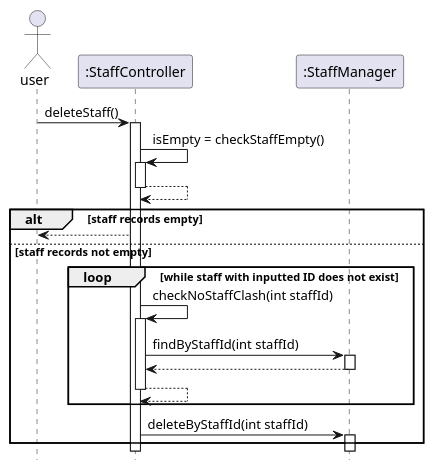
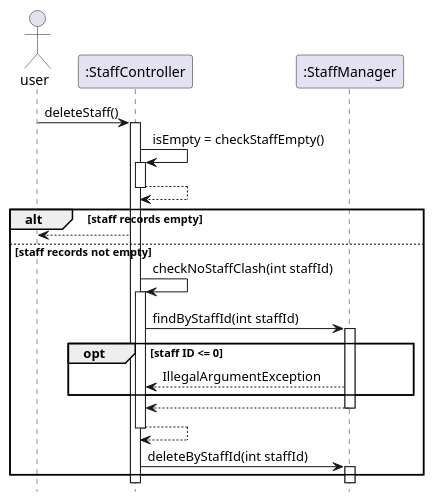
One commit to nus-cs2113-AY2122S2/tp changed the diagram in docs/uml/sequence/StaffManager_deleteStaff.puml. Above: the diagram before and after it, drawn with PlantUML. The commit also changed 28 other files, not shown here.

```diff
--- a/docs/uml/sequence/StaffManager_deleteStaff.puml
+++ b/docs/uml/sequence/StaffManager_deleteStaff.puml
@@ -1,38 +1,41 @@
 @startuml
 'https://plantuml.com/sequence-diagram
 
 hide footbox
 
 actor user
 participant ":StaffController" as staffcontroller
 participant ":StaffManager" as staffmanager
 
 
 user -> staffcontroller: deleteStaff()
 activate staffcontroller
 
 staffcontroller -> staffcontroller: isEmpty = checkStaffEmpty()
 activate staffcontroller
 staffcontroller --> staffcontroller
 deactivate staffcontroller
 
 alt staff records empty
 staffcontroller --> user
 
 else staff records not empty
-group loop [while staff with inputted ID does not exist]
 staffcontroller -> staffcontroller: checkNoStaffClash(int staffId)
 activate staffcontroller
 staffcontroller -> staffmanager: findByStaffId(int staffId)
 activate staffmanager
+
+opt staff ID <= 0
+staffmanager --> staffcontroller: IllegalArgumentException
+end
+
 staffmanager --> staffcontroller
 deactivate staffmanager
 staffcontroller --> staffcontroller
 deactivate staffcontroller
-end
 
 staffcontroller -> staffmanager: deleteByStaffId(int staffId)
 activate staffmanager
 
 end
 @enduml
```
